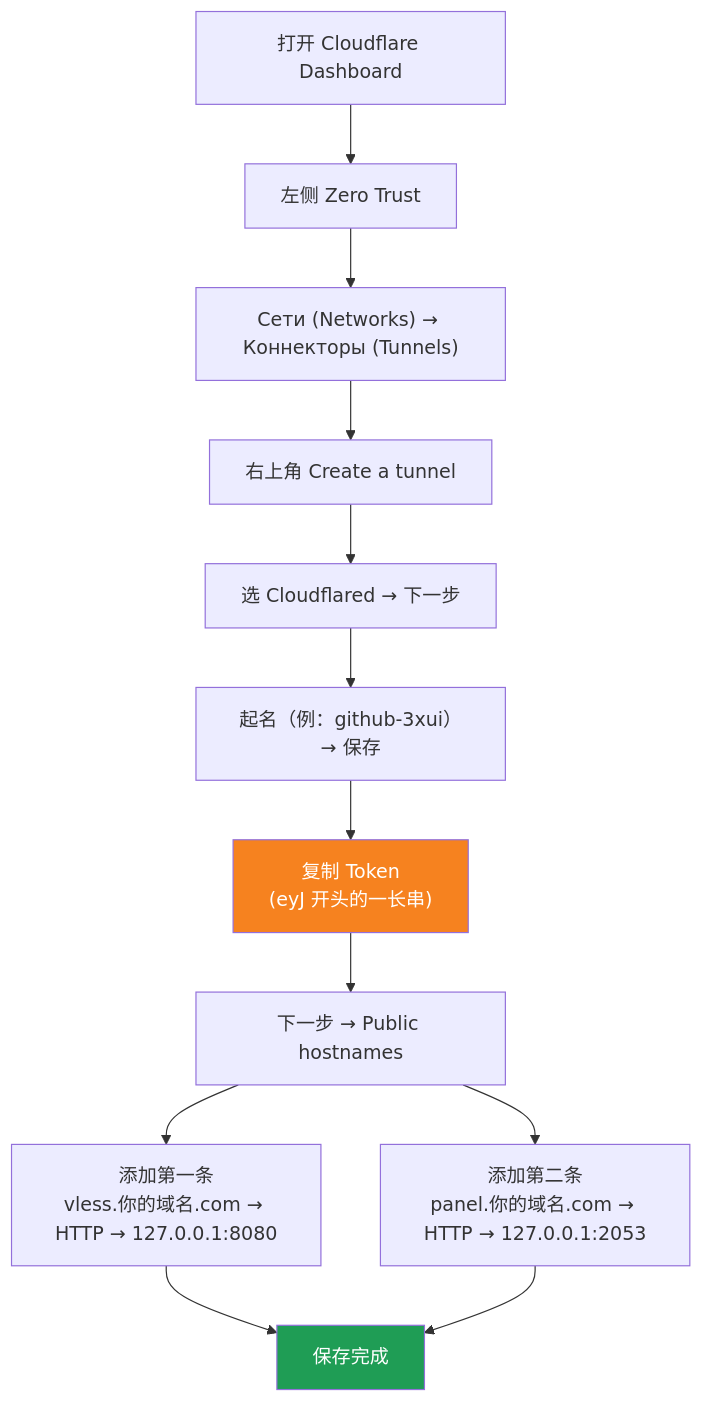
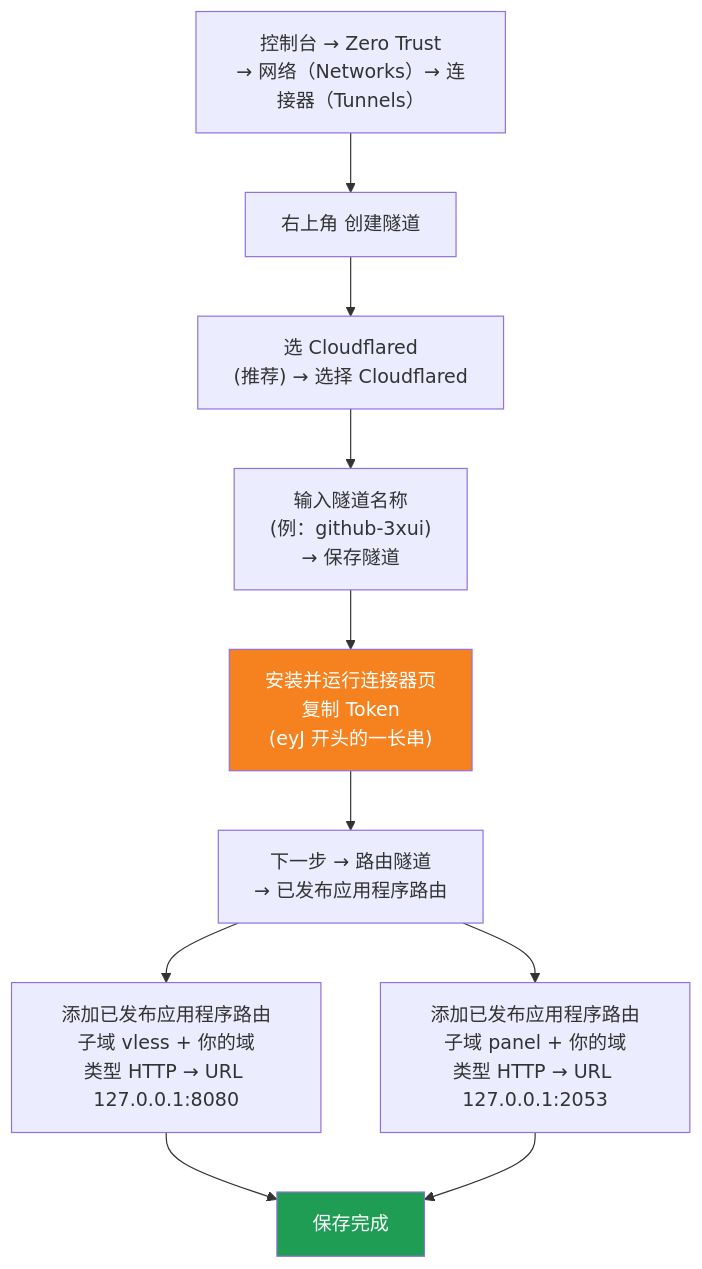
The third of 3 diagrams in README.ru.md (1246437945/cloud-3xui), drawn with Mermaid before and after one commit. The commit also changed other lines of this file, not shown here.

````diff
--- a/README.ru.md
+++ b/README.ru.md
@@ -73,17 +73,15 @@
 ```mermaid
 flowchart TD
-    A["打开 Cloudflare Dashboard"] --> B["左侧 Zero Trust"]
-    B --> C["Сети (Networks) → Коннекторы (Tunnels)"]
-    C --> D["右上角 Create a tunnel"]
-    D --> E["选 Cloudflared → 下一步"]
-    E --> F["起名（例：github-3xui）→ 保存"]
-    F --> G["复制 Token<br/>(eyJ 开头的一长串)"]
-    G --> H["下一步 → Public hostnames"]
-    H --> I["添加第一条<br/>vless.你的域名.com → HTTP → 127.0.0.1:8080"]
-    H --> J["添加第二条<br/>panel.你的域名.com → HTTP → 127.0.0.1:2053"]
-    I --> K["保存完成"]
-    J --> K
+    A["控制台 → Zero Trust<br/>→ 网络（Networks）→ 连接器（Tunnels）"] --> B["右上角 创建隧道"]
+    B --> C["选 Cloudflared<br/>(推荐) → 选择 Cloudflared"]
+    C --> D["输入隧道名称<br/>(例：github-3xui)<br/>→ 保存隧道"]
+    D --> E["安装并运行连接器页<br/>复制 Token<br/>(eyJ 开头的一长串)"]
+    E --> F["下一步 → 路由隧道<br/>→ 已发布应用程序路由"]
+    F --> G["添加已发布应用程序路由<br/>子域 vless + 你的域<br/>类型 HTTP → URL 127.0.0.1:8080"]
+    F --> H["添加已发布应用程序路由<br/>子域 panel + 你的域<br/>类型 HTTP → URL 127.0.0.1:2053"]
+    G --> I["保存完成"]
+    H --> I
 
-    style G fill:#f6821f,color:#fff
-    style K fill:#1f9d55,color:#fff
+    style E fill:#f6821f,color:#fff
+    style I fill:#1f9d55,color:#fff
 ```
````
